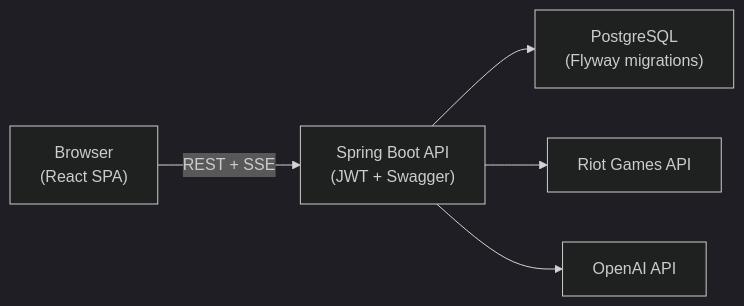
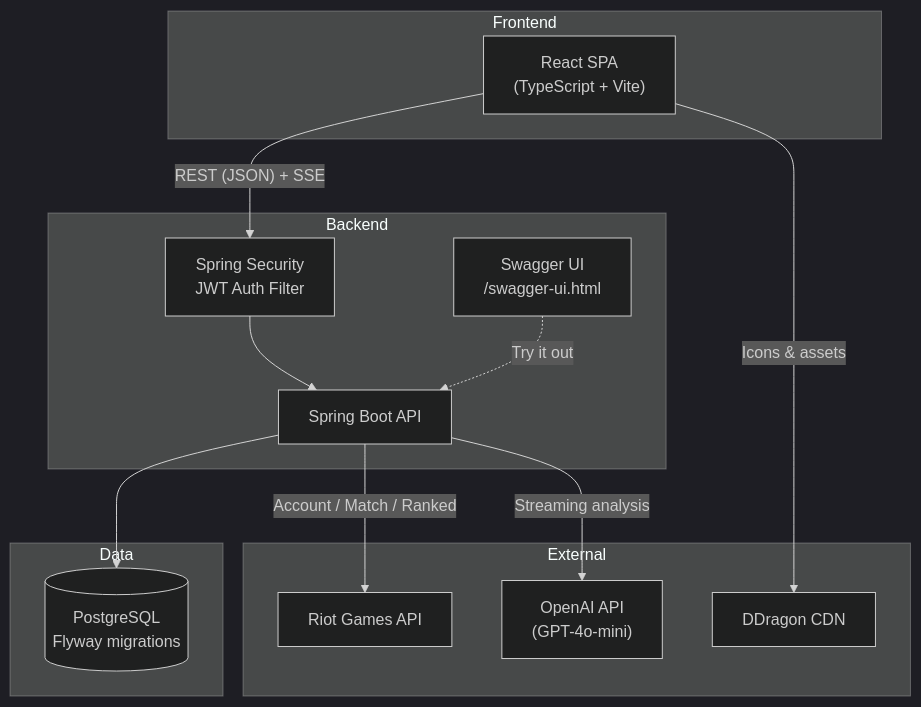
One commit to jianweicheng0822/lol-tracker changed the diagram in README.md. Above: the diagram before and after it, drawn with Mermaid (dark theme). The commit also changed other lines of this file, not shown here.

Commit message:
docs: improve README with richer architecture diagram and testing details
Expand Mermaid diagram to show security layer, Swagger UI, and DDragon
CDN. Add test count table, ./mvnw verify command for integration tests,
Swagger URL to quick start, health endpoint to API table, and use
modern docker compose v2 syntax.

````diff
--- a/README.md
+++ b/README.md
@@ -48,13 +48,30 @@
 ```mermaid
-graph LR
-    Browser["Browser<br/>(React SPA)"]
-    API["Spring Boot API<br/>(JWT + Swagger)"]
-    DB["PostgreSQL<br/>(Flyway migrations)"]
-    Riot["Riot Games API"]
-    OpenAI["OpenAI API"]
+graph TB
+    subgraph Frontend
+        Browser["React SPA<br/>(TypeScript + Vite)"]
+    end
 
-    Browser -->|REST + SSE| API
+    subgraph Backend
+        API["Spring Boot API"]
+        Security["Spring Security<br/>JWT Auth Filter"]
+        Swagger["Swagger UI<br/>/swagger-ui.html"]
+    end
+
+    subgraph Data
+        DB[("PostgreSQL<br/>Flyway migrations")]
+    end
+
+    subgraph External
+        Riot["Riot Games API"]
+        OpenAI["OpenAI API<br/>(GPT-4o-mini)"]
+        DDragon["DDragon CDN"]
+    end
+
+    Browser -->|"REST (JSON) + SSE"| Security
+    Security --> API
     API --> DB
-    API --> Riot
-    API --> OpenAI
+    API -->|"Account / Match / Ranked"| Riot
+    API -->|"Streaming analysis"| OpenAI
+    Browser -->|"Icons & assets"| DDragon
+    Swagger -.->|"Try it out"| API
 ```
````
